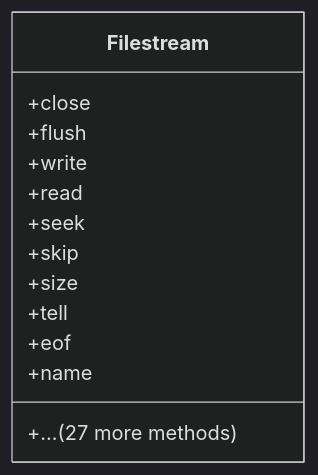
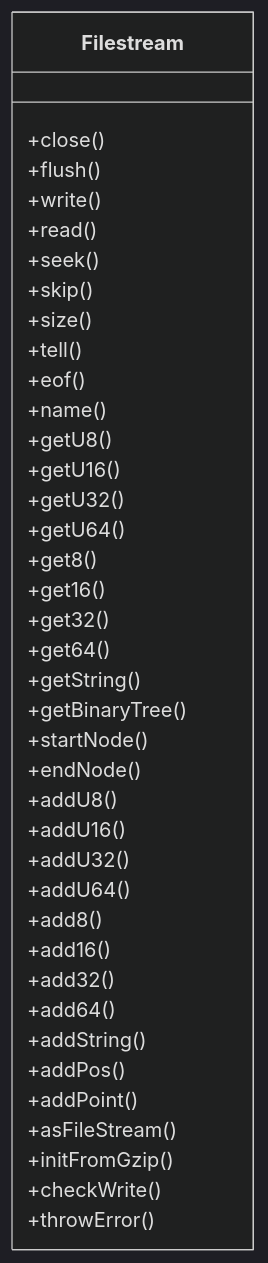
The diagram in docs/authoring/01_core/api/cpp/framework/diagrams/filestream.mmd (lukaszj321/otcv8-dev), drawn with Mermaid before and after one commit. The commit also changed 60 other files, not shown here.

Commit message:
fix: show all methods in class diagrams without truncation

```diff
--- a/docs/authoring/01_core/api/cpp/framework/diagrams/filestream.mmd
+++ b/docs/authoring/01_core/api/cpp/framework/diagrams/filestream.mmd
@@ -1,15 +1,41 @@
 %%{init: {'theme':'dark','themeVariables': {'primaryTextColor':'#ddd','lineColor':'#9aa0a6'},'securityLevel':'loose'}}%%
 classDiagram
     class Filestream {
-        +close
-        +flush
-        +write
-        +read
-        +seek
-        +skip
-        +size
-        +tell
-        +eof
-        +name
-        +... (27 more methods)
+        +close()
+        +flush()
+        +write()
+        +read()
+        +seek()
+        +skip()
+        +size()
+        +tell()
+        +eof()
+        +name()
+        +getU8()
+        +getU16()
+        +getU32()
+        +getU64()
+        +get8()
+        +get16()
+        +get32()
+        +get64()
+        +getString()
+        +getBinaryTree()
+        +startNode()
+        +endNode()
+        +addU8()
+        +addU16()
+        +addU32()
+        +addU64()
+        +add8()
+        +add16()
+        +add32()
+        +add64()
+        +addString()
+        +addPos()
+        +addPoint()
+        +asFileStream()
+        +initFromGzip()
+        +checkWrite()
+        +throwError()
     }
```
